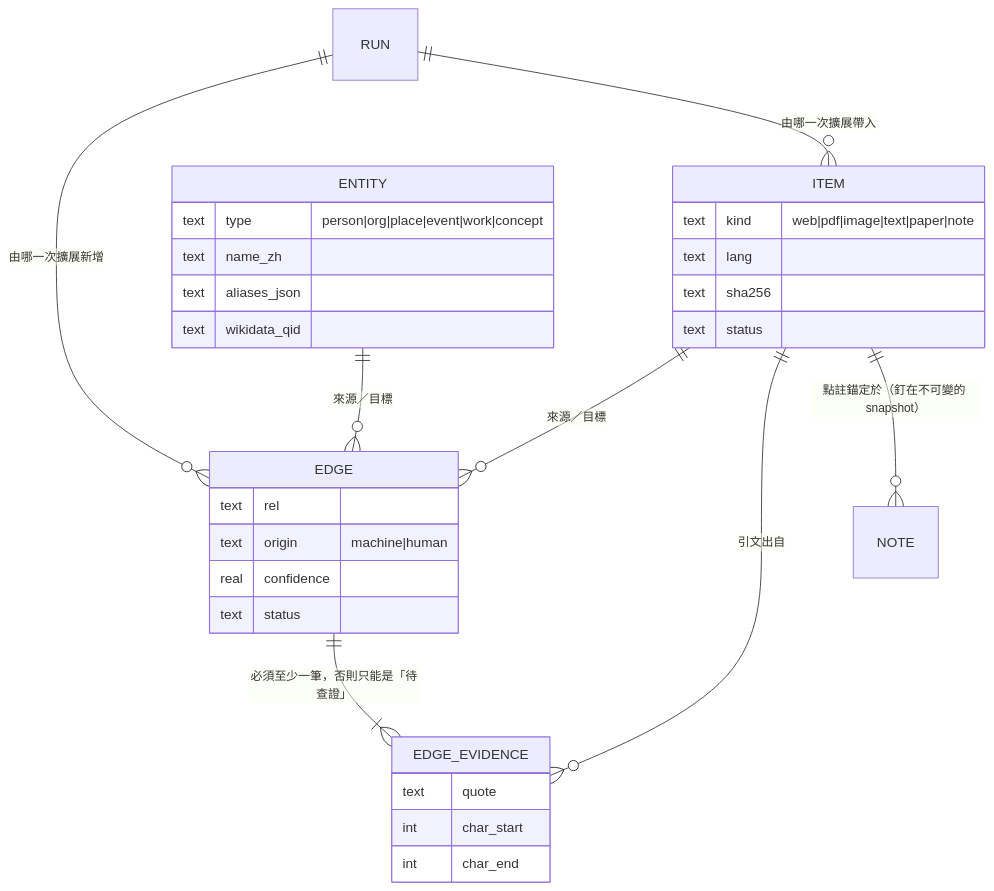
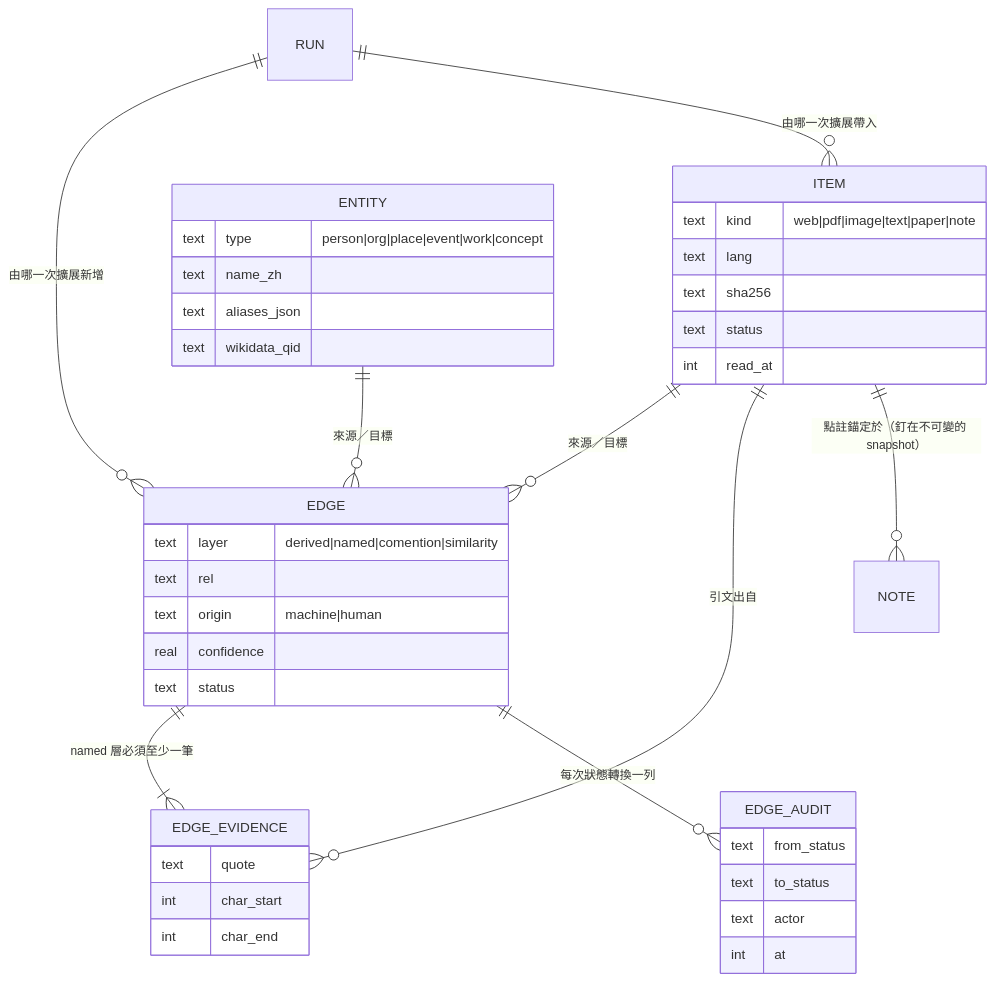
One commit to SpringRain555/cyclosa changed the diagram in docs/architecture/data-model.md. Above: the diagram before and after it, drawn with Mermaid. The commit also changed other lines of this file and 35 other files, not shown here.

````diff
--- a/docs/architecture/data-model.md
+++ b/docs/architecture/data-model.md
@@ -13,15 +17,17 @@
 ```mermaid
 erDiagram
   ITEM ||--o{ EDGE : "來源／目標"
   ENTITY ||--o{ EDGE : "來源／目標"
-  EDGE ||--|{ EDGE_EVIDENCE : "必須至少一筆，否則只能是「待查證」"
+  EDGE ||--|{ EDGE_EVIDENCE : "named 層必須至少一筆"
+  EDGE ||--o{ EDGE_AUDIT : "每次狀態轉換一列"
   ITEM ||--o{ EDGE_EVIDENCE : "引文出自"
   ITEM ||--o{ NOTE : "點註錨定於（釘在不可變的 snapshot）"
   RUN ||--o{ EDGE : "由哪一次擴展新增"
   RUN ||--o{ ITEM : "由哪一次擴展帶入"
 
-  ITEM { text kind "web|pdf|image|text|paper|note" text lang text sha256 text status }
+  ITEM { text kind "web|pdf|image|text|paper|note" text lang text sha256 text status int read_at }
   ENTITY { text type "person|org|place|event|work|concept" text name_zh text aliases_json text wikidata_qid }
-  EDGE { text rel text origin "machine|human" real confidence text status }
+  EDGE { text layer "derived|named|comention|similarity" text rel text origin "machine|human" real confidence text status }
   EDGE_EVIDENCE { text quote int char_start int char_end }
+  EDGE_AUDIT { text from_status text to_status text actor int at }
 ```
````
